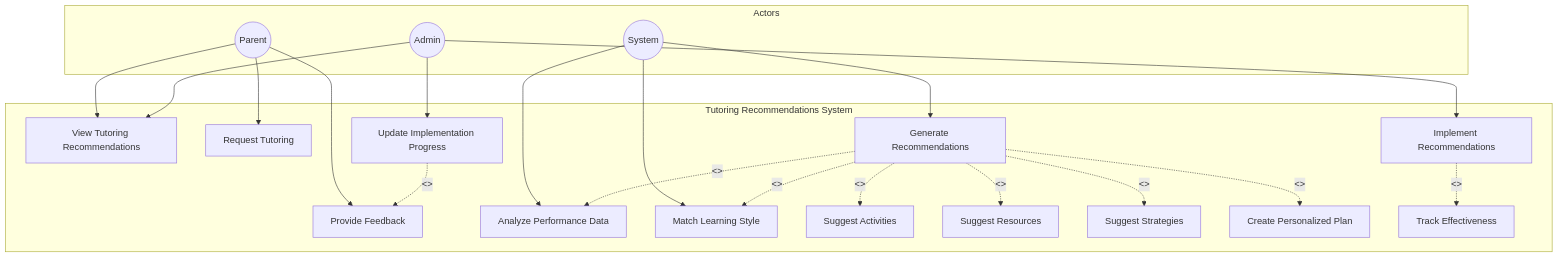
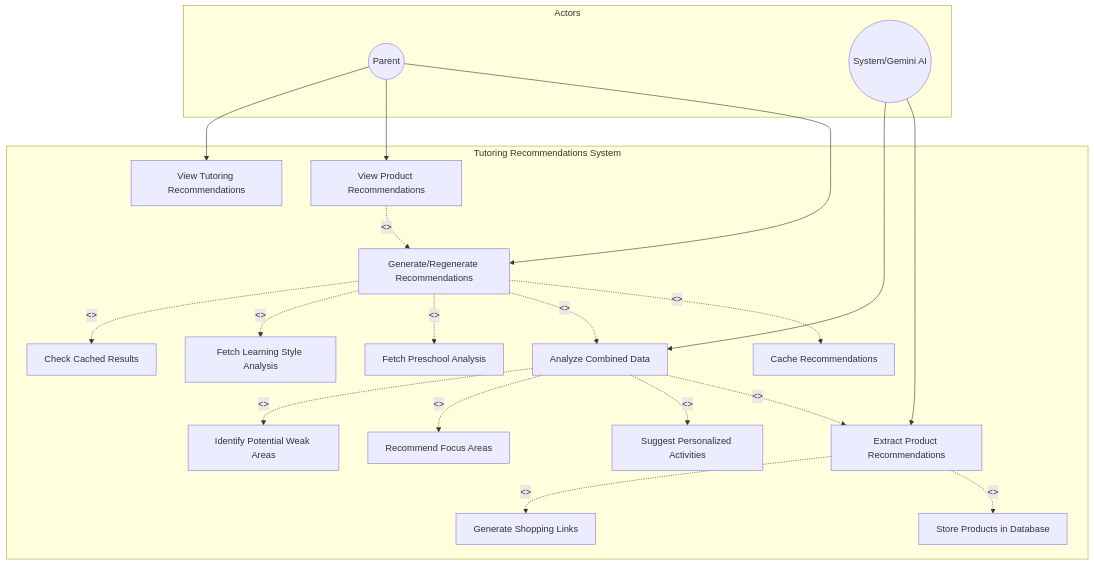
The sixth of 18 diagrams in diagrams.md (TongYwen/childfyp5), drawn with Mermaid before and after one commit. The commit also changed other lines of this file, not shown here.

First line of the commit message:
Update Tutoring Recommendations diagrams based on actual code implementation

````diff
--- a/diagrams.md
+++ b/diagrams.md
@@ -203,45 +203,44 @@
 ```mermaid
 graph TB
     subgraph Actors
         Parent((Parent))
-        Admin((Admin))
-        System((System))
+        System((System/Gemini AI))
     end
 
     subgraph "Tutoring Recommendations System"
         ViewRecommendations[View Tutoring Recommendations]
-        RequestTutoring[Request Tutoring]
-        ProvideFeedback[Provide Feedback]
-        ImplementRecommendations[Implement Recommendations]
-        UpdateProgress[Update Implementation Progress]
-        GenerateRecommendations[Generate Recommendations]
-        AnalyzePerformance[Analyze Performance Data]
-        MatchLearningStyle[Match Learning Style]
-        SuggestActivities[Suggest Activities]
-        SuggestResources[Suggest Resources]
-        SuggestStrategies[Suggest Strategies]
-        CreatePlan[Create Personalized Plan]
-        TrackEffectiveness[Track Effectiveness]
+        ViewProducts[View Product Recommendations]
+        GenerateRecommendations[Generate/Regenerate Recommendations]
+        CheckCached[Check Cached Results]
+        FetchLearningData[Fetch Learning Style Analysis]
+        FetchPreschoolData[Fetch Preschool Analysis]
+        AnalyzeCombinedData[Analyze Combined Data]
+        IdentifyWeakAreas[Identify Potential Weak Areas]
+        RecommendFocus[Recommend Focus Areas]
+        SuggestActivities[Suggest Personalized Activities]
+        ExtractProducts[Extract Product Recommendations]
+        GenerateShoppingLinks[Generate Shopping Links]
+        StoreProducts[Store Products in Database]
+        CacheResults[Cache Recommendations]
     end
 
     Parent --> ViewRecommendations
-    Parent --> RequestTutoring
-    Parent --> ProvideFeedback
+    Parent --> ViewProducts
+    Parent --> GenerateRecommendations
 
-    Admin --> ViewRecommendations
-    Admin --> ImplementRecommendations
-    Admin --> UpdateProgress
+    System --> AnalyzeCombinedData
+    System --> ExtractProducts
 
-    System --> GenerateRecommendations
-    System --> AnalyzePerformance
-    System --> MatchLearningStyle
-
-    GenerateRecommendations -.<<include>>.-> AnalyzePerformance
-    GenerateRecommendations -.<<include>>.-> MatchLearningStyle
-    GenerateRecommendations -.<<include>>.-> SuggestActivities
-    GenerateRecommendations -.<<include>>.-> SuggestResources
-    GenerateRecommendations -.<<include>>.-> SuggestStrategies
-    GenerateRecommendations -.<<include>>.-> CreatePlan
-    ImplementRecommendations -.<<extend>>.-> TrackEffectiveness
-    UpdateProgress -.<<extend>>.-> ProvideFeedback
+    GenerateRecommendations -.<<include>>.-> CheckCached
+    GenerateRecommendations -.<<include>>.-> FetchLearningData
+    GenerateRecommendations -.<<include>>.-> FetchPreschoolData
+    GenerateRecommendations -.<<include>>.-> AnalyzeCombinedData
+    AnalyzeCombinedData -.<<include>>.-> IdentifyWeakAreas
+    AnalyzeCombinedData -.<<include>>.-> RecommendFocus
+    AnalyzeCombinedData -.<<include>>.-> SuggestActivities
+    AnalyzeCombinedData -.<<include>>.-> ExtractProducts
+    ExtractProducts -.<<include>>.-> GenerateShoppingLinks
+    ExtractProducts -.<<include>>.-> StoreProducts
+    GenerateRecommendations -.<<include>>.-> CacheResults
+    ViewProducts -.<<extend>>.-> GenerateRecommendations
 ```
````
